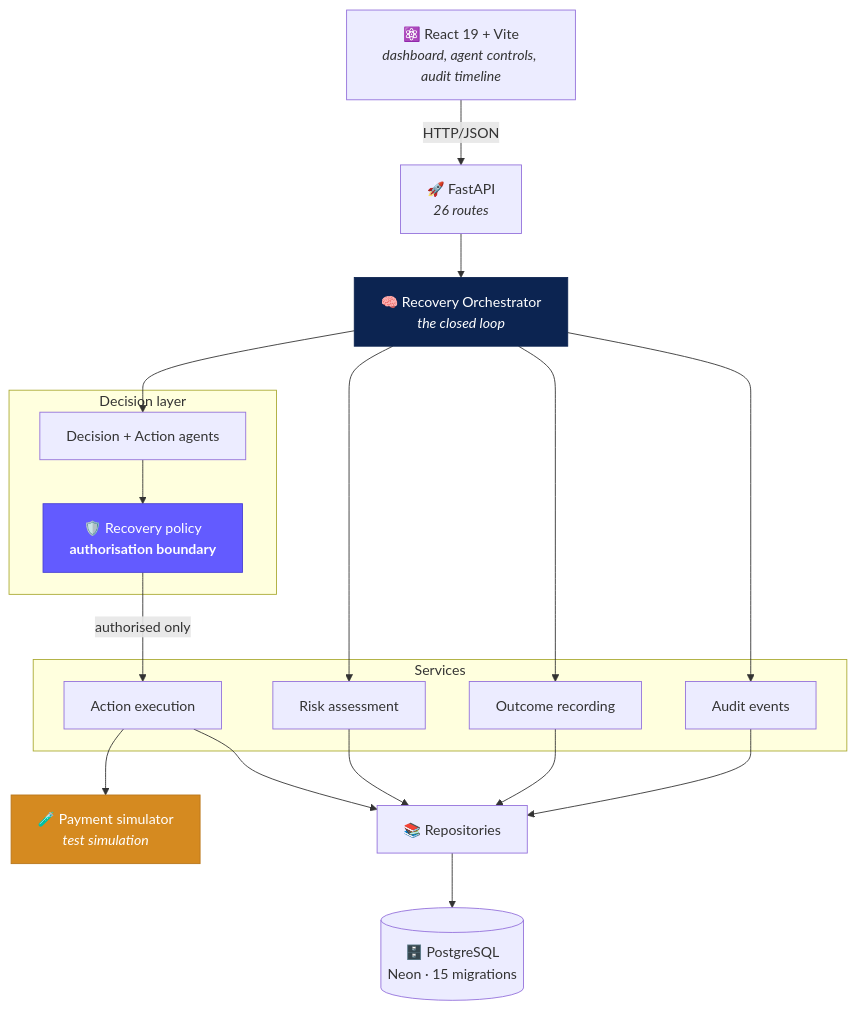
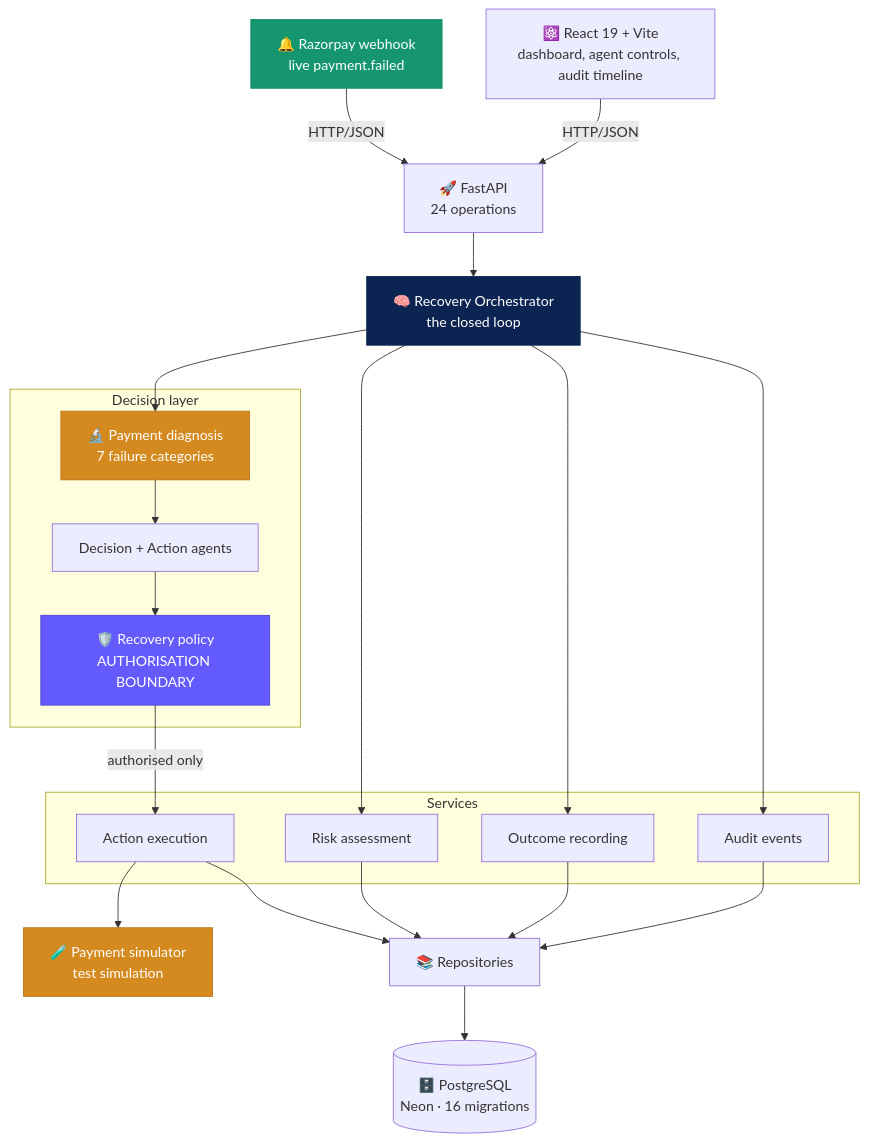
Before and after one commit to lakkarsunanditha14/RecoverAI: the third of 3 diagrams in README.md, drawn with Mermaid. The commit also changed other lines of this file, not shown here.

Commit message:
Update README for webhook recovery flow

````diff
--- a/README.md
+++ b/README.md
@@ -182,34 +232,47 @@
 ```mermaid
 flowchart TB
-    UI["⚛️ React 19 + Vite<br/><i>dashboard, agent controls, audit timeline</i>"]
-    API["🚀 FastAPI<br/><i>26 routes</i>"]
-    ORC["🧠 Recovery Orchestrator<br/><i>the closed loop</i>"]
+    WH["🔔 Razorpay webhook<br/>live payment.failed"]
+    UI["⚛️ React 19 + Vite<br/>dashboard, agent controls, audit timeline"]
+    API["🚀 FastAPI<br/>24 operations"]
+    ORC["🧠 Recovery Orchestrator<br/>the closed loop"]
 
     subgraph domainlayer ["Decision layer"]
+        DIAG["🔬 Payment diagnosis<br/>7 failure categories"]
         AG["Decision + Action agents"]
-        POL["🛡️ Recovery policy<br/><b>authorisation boundary</b>"]
+        POL["🛡️ Recovery policy<br/>AUTHORISATION BOUNDARY"]
     end
 
     subgraph servicelayer ["Services"]
         RISK["Risk assessment"]
         EXEC["Action execution"]
         OUT["Outcome recording"]
         AUD["Audit events"]
     end
 
     REPO["📚 Repositories"]
-    DB[("🗄️ PostgreSQL<br/>Neon · 15 migrations")]
-    SIM["🧪 Payment simulator<br/><i>test simulation</i>"]
+    DB[("🗄️ PostgreSQL<br/>Neon · 16 migrations")]
+    SIM["🧪 Payment simulator<br/>test simulation"]
 
+    WH -->|HTTP/JSON| API
     UI -->|HTTP/JSON| API
     API --> ORC
-    ORC --> AG --> POL
+    ORC --> DIAG
+    DIAG --> AG
+    AG --> POL
     POL -->|authorised only| EXEC
-    ORC --> RISK & OUT & AUD
+    ORC --> RISK
+    ORC --> OUT
+    ORC --> AUD
     EXEC --> SIM
-    RISK & EXEC & OUT & AUD --> REPO --> DB
+    RISK --> REPO
+    EXEC --> REPO
+    OUT --> REPO
+    AUD --> REPO
+    REPO --> DB
 
     style POL fill:#635BFF,stroke:#4840D4,color:#fff
+    style DIAG fill:#D58A20,stroke:#B8761A,color:#fff
     style ORC fill:#0C2451,stroke:#0C2451,color:#fff
     style SIM fill:#D58A20,stroke:#B8761A,color:#fff
+    style WH fill:#15966F,stroke:#0F8A63,color:#fff
 ```
````
